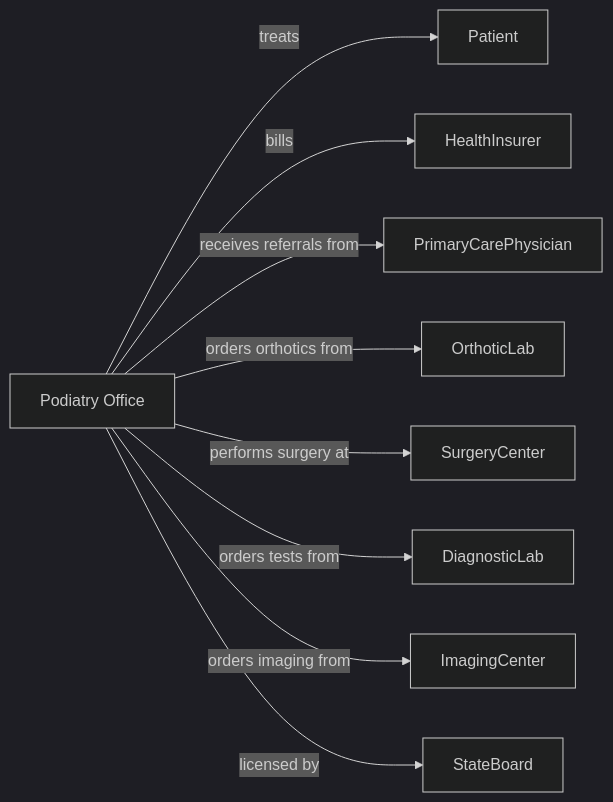
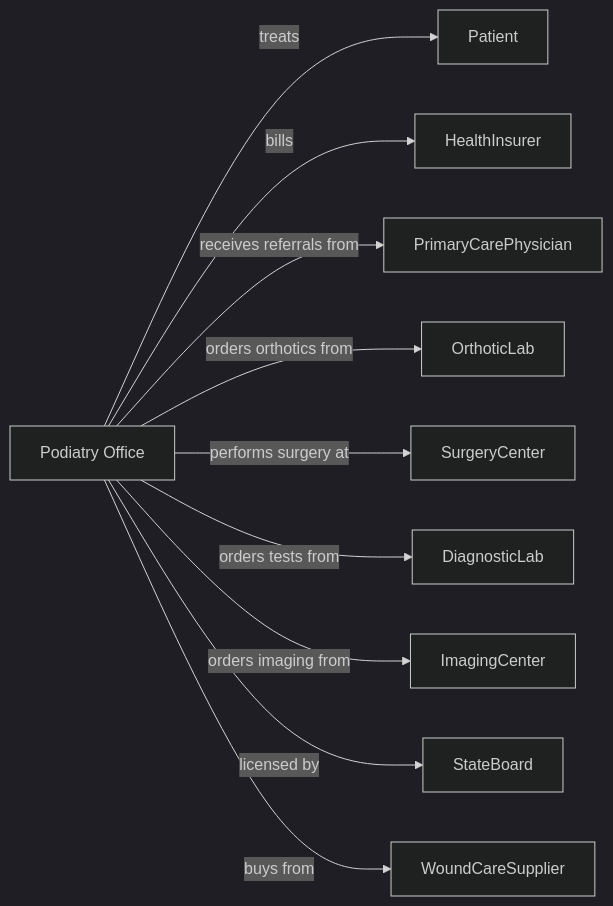
One commit to dot-org-ai/industries.org.ai changed the second of 2 diagrams in HealthCare/AmbulatoryHealthCareServices/OfficesOfOtherHealthPractitioners/OfficesOfPodiatrists.mdx. Above: the diagram before and after it, drawn with Mermaid (dark theme). The commit also changed 588 other files, not shown here.

````diff
--- a/HealthCare/AmbulatoryHealthCareServices/OfficesOfOtherHealthPractitioners/OfficesOfPodiatrists.mdx
+++ b/HealthCare/AmbulatoryHealthCareServices/OfficesOfOtherHealthPractitioners/OfficesOfPodiatrists.mdx
@@ -142,13 +142,14 @@
 ```mermaid
 graph LR
     P[Podiatry Office]
 
     P -->|treats| Patient
     P -->|bills| HealthInsurer
     P -->|receives referrals from| PrimaryCarePhysician
     P -->|orders orthotics from| OrthoticLab
     P -->|performs surgery at| SurgeryCenter
     P -->|orders tests from| DiagnosticLab
     P -->|orders imaging from| ImagingCenter
     P -->|licensed by| StateBoard
+    P -->|buys from| WoundCareSupplier
 ```
````
